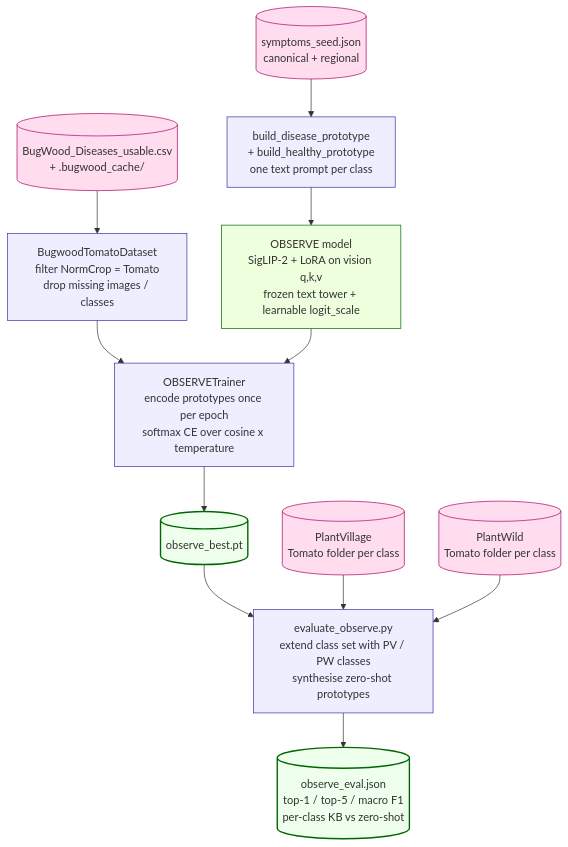
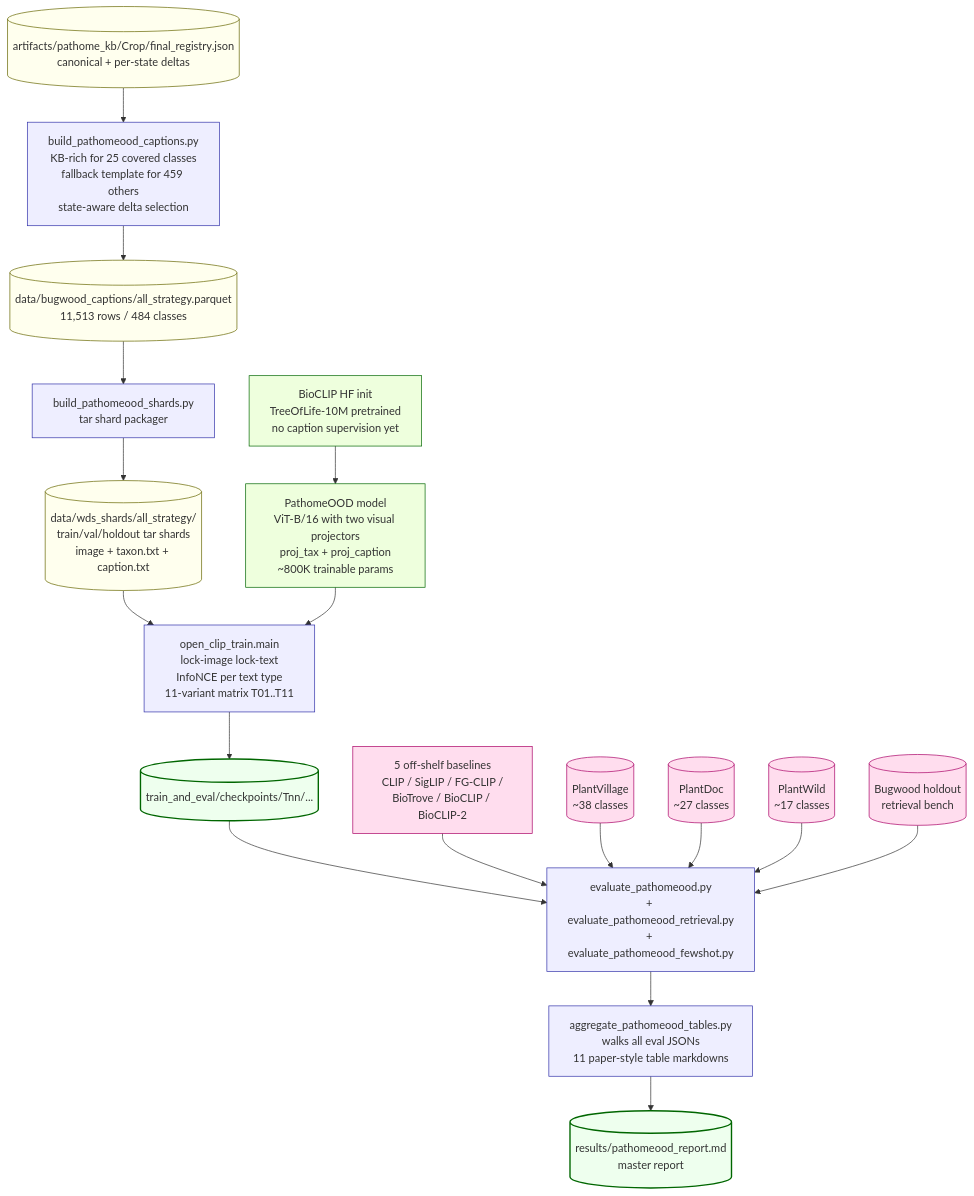
One commit to tirtho149/PRESAGE changed the fifth of 5 diagrams in FLOW.md. Above: the diagram before and after it, drawn with Mermaid. The commit also changed other lines of this file and 1 other file, not shown here.

First line of the commit message:
FLOW.md: add swarm animation GIF + redraw §3b for 24-specialist visual swarm + rewrite §4 for PathomeOOD + clean stale OBSERVE refs

````diff
--- a/FLOW.md
+++ b/FLOW.md
@@ -340,31 +439,43 @@
 ```mermaid
 flowchart TD
-    SEED[(symptoms_seed.json<br/>canonical + regional)]
-    PROTO[build_disease_prototype<br/>+ build_healthy_prototype<br/>one text prompt per class]
-    CSV[(BugWood_Diseases_usable.csv<br/>+ .bugwood_cache/)]
-    DS[BugwoodTomatoDataset<br/>filter NormCrop = Tomato<br/>drop missing images / classes]
-    MODEL[OBSERVE model<br/>SigLIP-2 + LoRA on vision q,k,v<br/>frozen text tower + learnable logit_scale]
-    TRAIN[OBSERVETrainer<br/>encode prototypes once per epoch<br/>softmax CE over cosine x temperature]
-    CKPT[(observe_best.pt)]
-    PV[(PlantVillage<br/>Tomato folder per class)]
-    PW[(PlantWild<br/>Tomato folder per class)]
-    EVAL[evaluate_observe.py<br/>extend class set with PV / PW classes<br/>synthesise zero-shot prototypes]
-    METRICS[(observe_eval.json<br/>top-1 / top-5 / macro F1<br/>per-class KB vs zero-shot)]
+    REG[(artifacts/pathome_kb/Crop/final_registry.json<br/>canonical + per-state deltas)]
+    CAP[build_pathomeood_captions.py<br/>KB-rich for 25 covered classes<br/>fallback template for 459 others<br/>state-aware delta selection]
+    PARQ[(data/bugwood_captions/all_strategy.parquet<br/>11,513 rows / 484 classes)]
+    SH[build_pathomeood_shards.py<br/>tar shard packager]
+    SHARDS[(data/wds_shards/all_strategy/<br/>train/val/holdout tar shards<br/>image + taxon.txt + caption.txt)]
+    BIO[BioCLIP HF init<br/>TreeOfLife-10M pretrained<br/>no caption supervision yet]
+    MODEL[PathomeOOD model<br/>ViT-B/16 with two visual projectors<br/>proj_tax + proj_caption<br/>~800K trainable params]
+    TRAIN[open_clip_train.main<br/>lock-image lock-text<br/>InfoNCE per text type<br/>11-variant matrix T01..T11]
+    CKPT[(train_and_eval/checkpoints/Tnn/...)]
+    PV[(PlantVillage<br/>~38 classes)]
+    PD[(PlantDoc<br/>~27 classes)]
+    PW[(PlantWild<br/>~17 classes)]
+    HO[(Bugwood holdout<br/>retrieval bench)]
+    EVAL[evaluate_pathomeood.py<br/>+ evaluate_pathomeood_retrieval.py<br/>+ evaluate_pathomeood_fewshot.py]
+    BASE[5 off-shelf baselines<br/>CLIP / SigLIP / FG-CLIP /<br/>BioTrove / BioCLIP / BioCLIP-2]
+    AGG[aggregate_pathomeood_tables.py<br/>walks all eval JSONs<br/>11 paper-style table markdowns]
+    RPT[(results/pathomeood_report.md<br/>master report)]
 
-    SEED --> PROTO --> MODEL
-    CSV --> DS --> TRAIN
+    REG --> CAP --> PARQ --> SH --> SHARDS
+    BIO --> MODEL
+    SHARDS --> TRAIN
     MODEL --> TRAIN --> CKPT
     CKPT --> EVAL
+    BASE --> EVAL
     PV --> EVAL
+    PD --> EVAL
     PW --> EVAL
-    EVAL --> METRICS
+    HO --> EVAL
+    EVAL --> AGG --> RPT
 
-    classDef src fill:#fde,stroke:#a06
+    classDef kb fill:#ffe,stroke:#660
     classDef stage fill:#eef,stroke:#33a
     classDef model fill:#efd,stroke:#060
+    classDef src fill:#fde,stroke:#a06
     classDef deliv fill:#efe,stroke:#060,stroke-width:2px
-    class SEED,CSV,PV,PW src
-    class PROTO,DS,TRAIN,EVAL stage
-    class MODEL model
-    class CKPT,METRICS deliv
+    class REG,PARQ,SHARDS kb
+    class CAP,SH,TRAIN,EVAL,AGG stage
+    class BIO,MODEL model
+    class PV,PD,PW,HO,BASE src
+    class CKPT,RPT deliv
 ```
````
